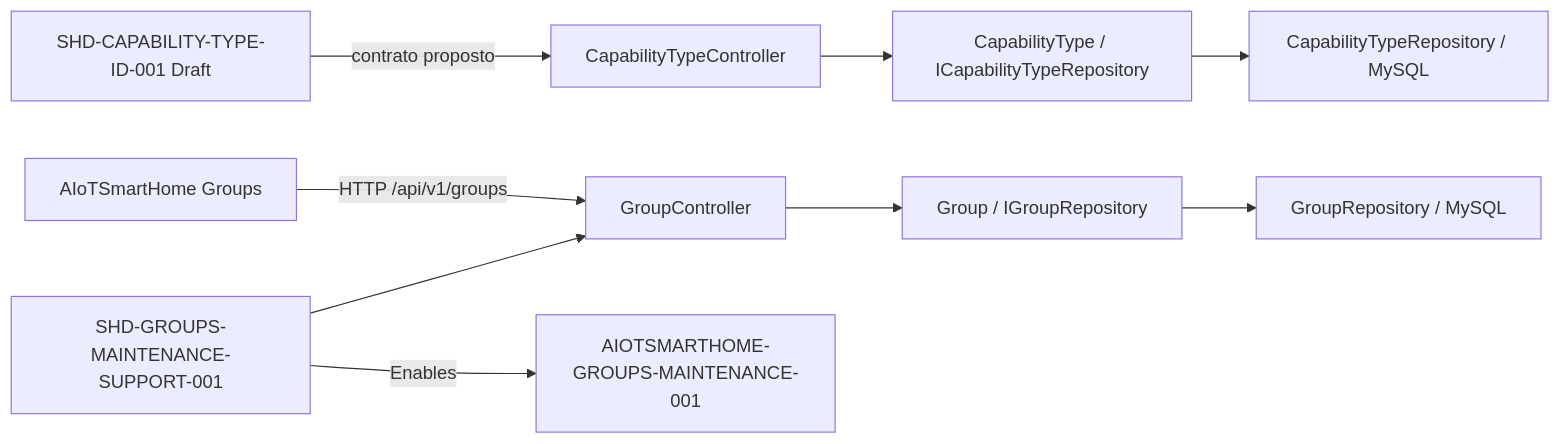
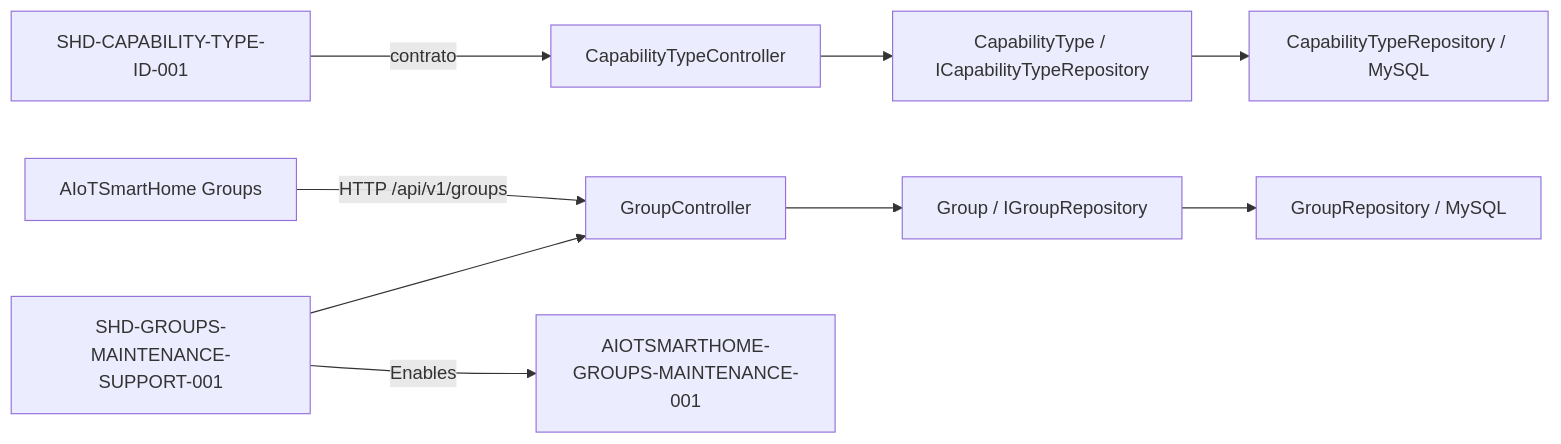
The diagram in docs/rfc/KNOWLEDGE-MAP.md (iotsmartsys/SmartHome-DeviceApi), drawn with Mermaid before and after one commit. The commit also changed other lines of this file and 9 other files, not shown here.

Commit message:
feat: address CapabilityType mutations by database id

````diff
--- a/docs/rfc/KNOWLEDGE-MAP.md
+++ b/docs/rfc/KNOWLEDGE-MAP.md
@@ -66,11 +66,11 @@
 ```mermaid
 flowchart LR
-    CTSPEC[SHD-CAPABILITY-TYPE-ID-001 Draft] -->|contrato proposto| CTAPI[CapabilityTypeController]
+    CTSPEC[SHD-CAPABILITY-TYPE-ID-001] -->|contrato| CTAPI[CapabilityTypeController]
     CTAPI --> CTCORE[CapabilityType / ICapabilityTypeRepository]
     CTCORE --> CTDB[CapabilityTypeRepository / MySQL]
     APP[AIoTSmartHome Groups] -->|HTTP /api/v1/groups| API[GroupController]
     SPEC[SHD-GROUPS-MAINTENANCE-SUPPORT-001] --> API
     API --> CORE[Group / IGroupRepository]
     CORE --> DB[GroupRepository / MySQL]
     SPEC -->|Enables| APPSPEC[AIOTSMARTHOME-GROUPS-MAINTENANCE-001]
 ```
````
